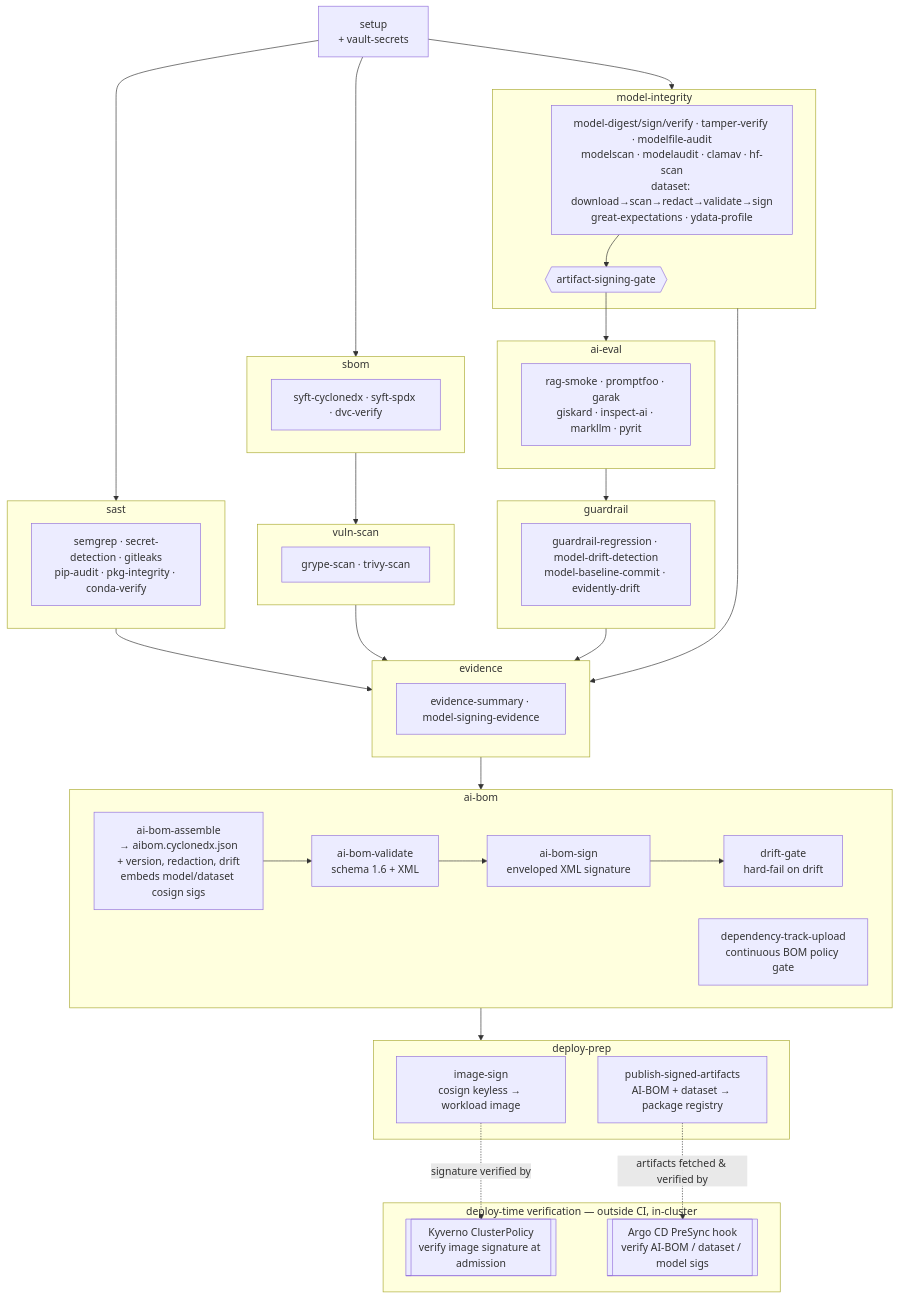
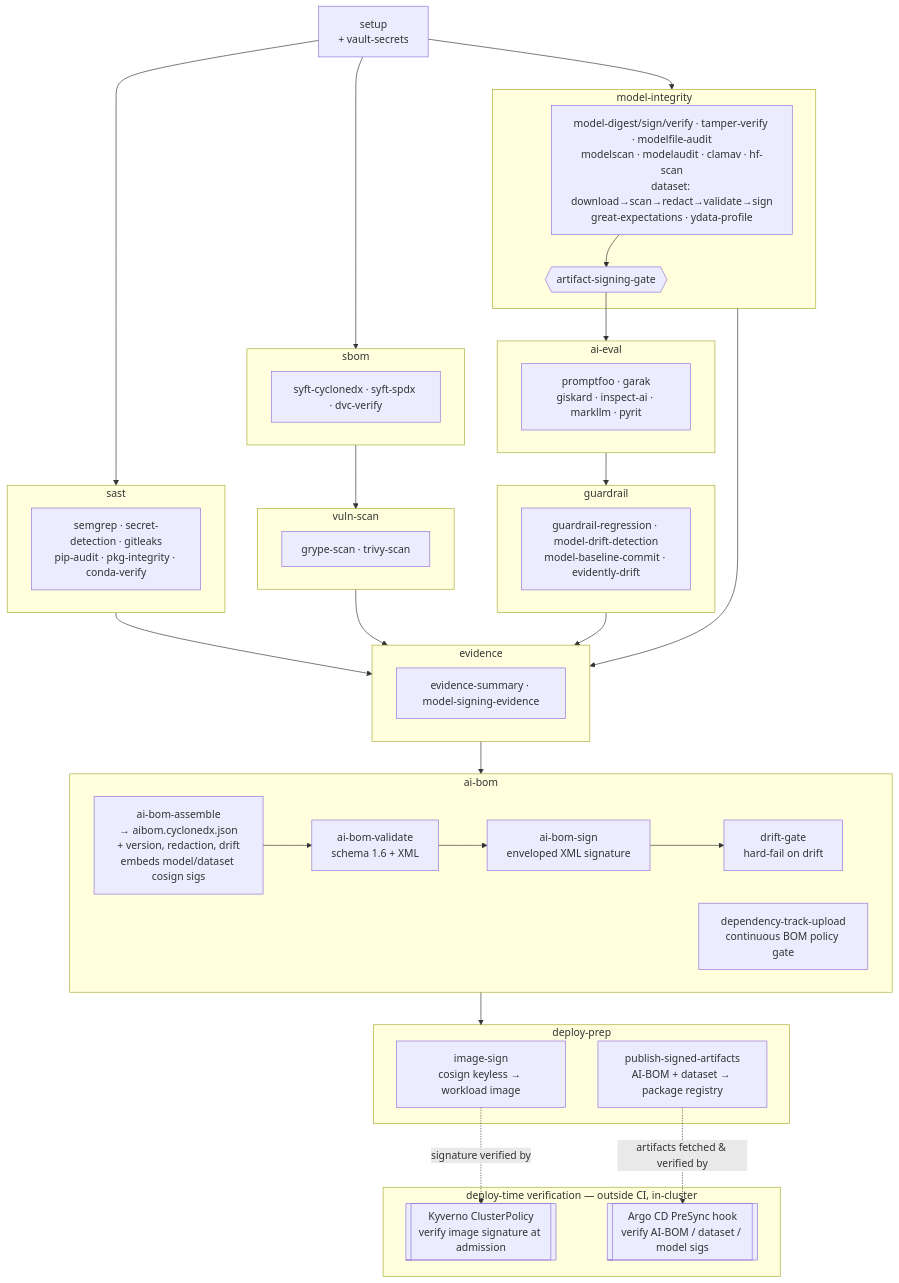
Before and after one commit to Nate-Carroll-Cyber/mlsecdevops-pipeline-example: the diagram in docs/gaips-materials/README.md, drawn with Mermaid. The commit also changed other lines of this file and 10 other files, not shown here.

Commit message:
ci: remove rag smoke eval holdover

````diff
--- a/docs/gaips-materials/README.md
+++ b/docs/gaips-materials/README.md
@@ -81,49 +77,49 @@
 ```mermaid
 flowchart TD
     setup[setup<br/>+ vault-secrets]
 
     subgraph SAST [sast]
       sast_jobs[semgrep · secret-detection · gitleaks<br/>pip-audit · pkg-integrity · conda-verify]
     end
     subgraph SBOM [sbom]
       sbom_jobs[syft-cyclonedx · syft-spdx · dvc-verify]
     end
     subgraph VULN [vuln-scan]
       vuln_jobs[grype-scan · trivy-scan]
     end
     subgraph MI [model-integrity]
       mi_jobs[model-digest/sign/verify · tamper-verify · modelfile-audit<br/>modelscan · modelaudit · clamav · hf-scan<br/>dataset: download→scan→redact→validate→sign<br/>great-expectations · ydata-profile]
       gate{{artifact-signing-gate}}
       mi_jobs --> gate
     end
     subgraph EVAL [ai-eval]
-      eval_jobs[rag-smoke · promptfoo · garak<br/>giskard · inspect-ai · markllm · pyrit]
+      eval_jobs[promptfoo · garak<br/>giskard · inspect-ai · markllm · pyrit]
     end
     subgraph GUARD [guardrail]
       guard_jobs[guardrail-regression · model-drift-detection<br/>model-baseline-commit · evidently-drift]
     end
     subgraph EVID [evidence]
       evid_jobs[evidence-summary · model-signing-evidence]
     end
     subgraph AIBOM [ai-bom]
       assemble[ai-bom-assemble<br/>→ aibom.cyclonedx.json<br/>+ version, redaction, drift<br/>embeds model/dataset cosign sigs] --> validate[ai-bom-validate<br/>schema 1.6 + XML] --> aibom_sign[ai-bom-sign<br/>enveloped XML signature] --> drift_gate[drift-gate<br/>hard-fail on drift]
       dtrack[dependency-track-upload<br/>continuous BOM policy gate]
     end
     subgraph DEPLOY [deploy-prep]
       imgsign[image-sign<br/>cosign keyless → workload image]
       publish[publish-signed-artifacts<br/>AI-BOM + dataset → package registry]
     end
     subgraph VERIFY [deploy-time verification — outside CI, in-cluster]
       kyverno[[Kyverno ClusterPolicy<br/>verify image signature at admission]]
       presync[[Argo CD PreSync hook<br/>verify AI-BOM / dataset / model sigs]]
     end
 
     setup --> SAST & SBOM & MI
     SBOM --> VULN
     gate --> EVAL --> GUARD
     SAST & VULN & GUARD & MI --> EVID
     EVID --> AIBOM
     AIBOM --> DEPLOY
     imgsign -. "signature verified by" .-> kyverno
     publish -. "artifacts fetched & verified by" .-> presync
 ```
````
